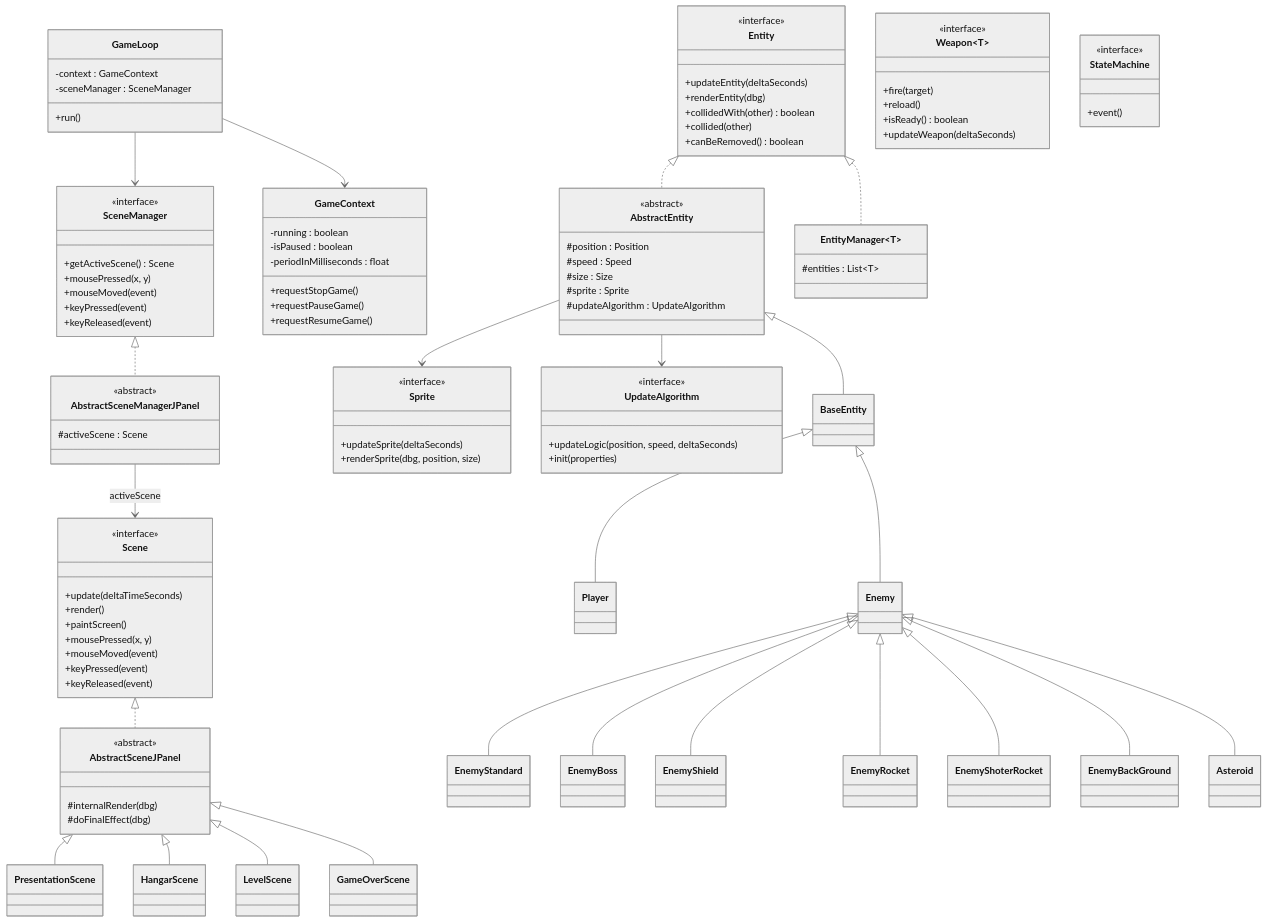
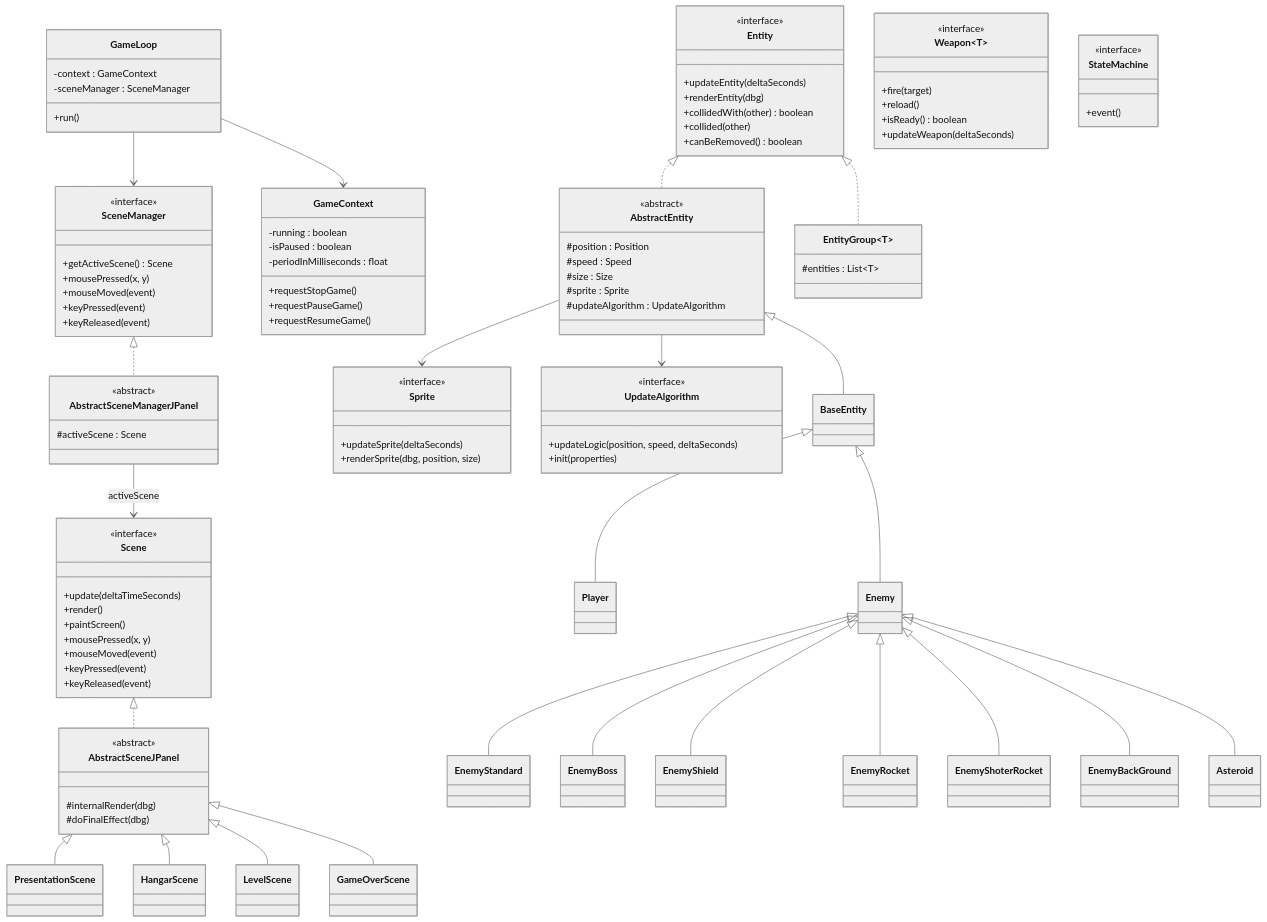
One commit to alesky78/TigerSupply changed the diagram in documentation/architecture/system-overview/code-structure.md. Above: the diagram before and after it, drawn with Mermaid (neutral theme). The commit also changed other lines of this file and 20 other files, not shown here.

```diff
--- a/documentation/architecture/system-overview/code-structure.md
+++ b/documentation/architecture/system-overview/code-structure.md
@@ -80,7 +80,7 @@
         #sprite : Sprite
         #updateAlgorithm : UpdateAlgorithm
     }
-    class EntityManager~T~ {
+    class EntityGroup~T~ {
         #entities : List~T~
     }
     class Sprite {
@@ -111,7 +111,7 @@
     GameLoop --> GameContext
     GameLoop --> SceneManager
     Entity <|.. AbstractEntity
-    Entity <|.. EntityManager
+    Entity <|.. EntityGroup
     AbstractEntity --> Sprite
     AbstractEntity --> UpdateAlgorithm
     AbstractSceneJPanel <|-- PresentationScene
```
